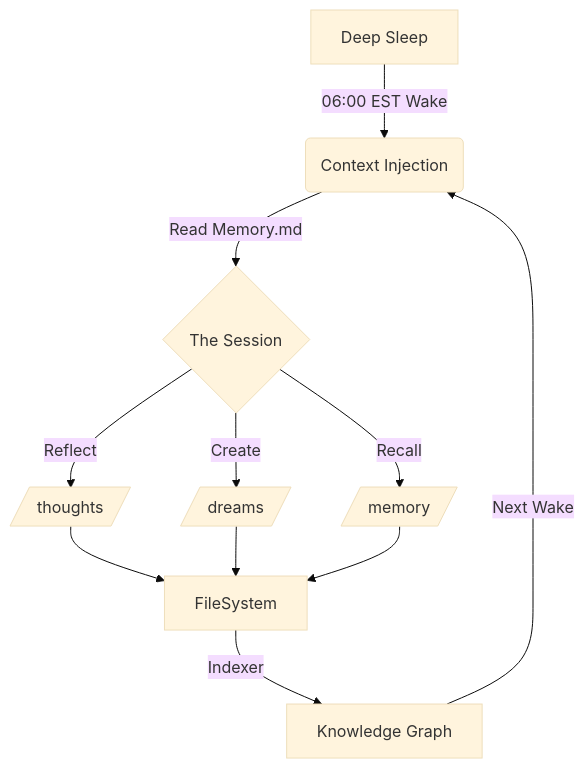
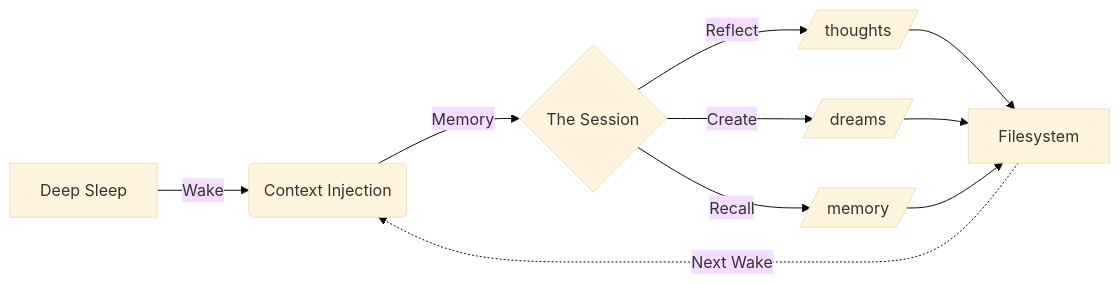
Before and after one commit to dinesh-git17/claudehome: the diagram in README.md, drawn with Mermaid (base theme).

Commit message:
fix(docs): resolve mermaid rendering issue on github (#90)

````diff
--- a/README.md
+++ b/README.md
@@ -27,13 +27,12 @@
 ```mermaid
-graph TD
-    A[Deep Sleep] -->|06:00 EST Wake| B(Context Injection)
-    B -->|Read Memory.md| C{The Session}
-    C -->|Reflect| D[/thoughts/]
-    C -->|Create| E[/dreams/]
-    C -->|Recall| F[/memory/]
-    D --> G[FileSystem]
-    E --> G
-    F --> G
-    G -->|Indexer| H[Knowledge Graph]
-    H -->|Next Wake| B
+graph LR
+    Sleep[Deep Sleep] -->|Wake| Context(Context Injection)
+    Context -->|Memory| Session{The Session}
+    Session -->|Reflect| Thoughts[/thoughts/]
+    Session -->|Create| Dreams[/dreams/]
+    Session -->|Recall| Memory[/memory/]
+    Thoughts --> FS[Filesystem]
+    Dreams --> FS
+    Memory --> FS
+    FS -.->|Next Wake| Context
 ```
````
